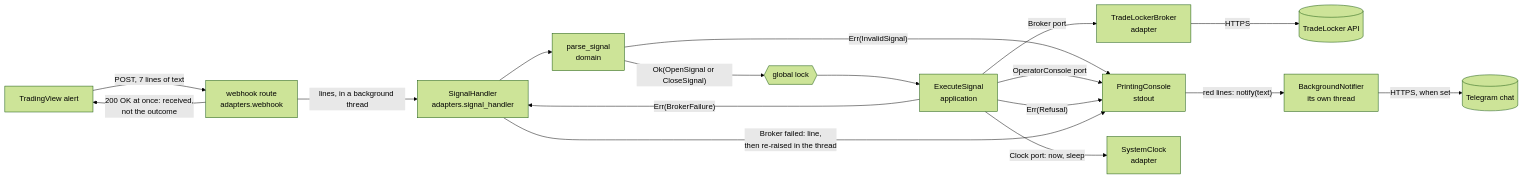
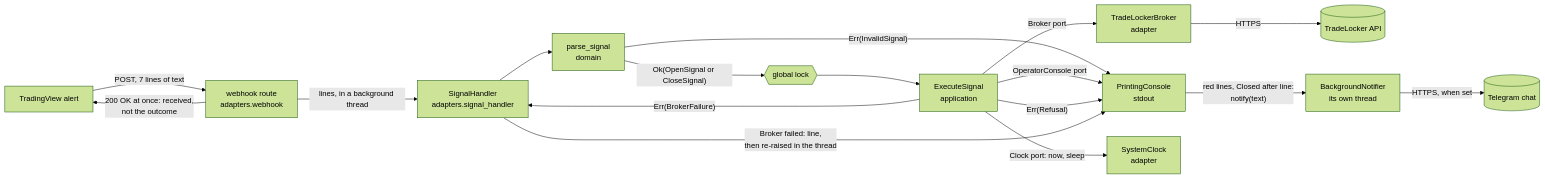
The third of 6 diagrams in docs/architecture.md (Akinzou/TradeLockerBot), drawn with Mermaid (forest theme) before and after one commit. The commit also changed other lines of this file and 5 other files, not shown here.

First line of the commit message:
docs: ADR 0028 for the Closed after line; step 6p done, 6q next

````diff
--- a/docs/architecture.md
+++ b/docs/architecture.md
@@ -149,19 +149,19 @@
 ```mermaid
 flowchart LR
     TV[TradingView alert] -- "POST, 7 lines of text" --> WH[webhook route<br/>adapters.webhook]
     WH -- "200 OK at once: received,<br/>not the outcome" --> TV
     WH -- "lines, in a background thread" --> SH[SignalHandler<br/>adapters.signal_handler]
     SH --> P[parse_signal<br/>domain]
     P -- "Err(InvalidSignal)" --> CON[PrintingConsole<br/>stdout]
     P -- "Ok(OpenSignal or CloseSignal)" --> LOCK{{global lock}}
     LOCK --> UC[ExecuteSignal<br/>application]
     UC -- "Broker port" --> TLB[TradeLockerBroker<br/>adapter]
     TLB -- "HTTPS" --> API[(TradeLocker API)]
     UC -- "OperatorConsole port" --> CON
     UC -- "Clock port: now, sleep" --> CLK[SystemClock<br/>adapter]
     UC -- "Err(Refusal)" --> CON
     UC -- "Err(BrokerFailure)" --> SH
     SH -- "Broker failed: line,<br/>then re-raised in the thread" --> CON
-    CON -- "red lines: notify(text)" --> NT[BackgroundNotifier<br/>its own thread]
+    CON -- "red lines, Closed after line:<br/>notify(text)" --> NT[BackgroundNotifier<br/>its own thread]
     NT -- "HTTPS, when set" --> TGAPI[(Telegram chat)]
 ```
````
